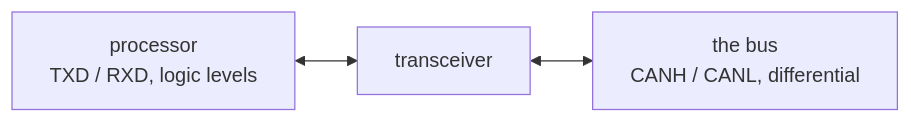
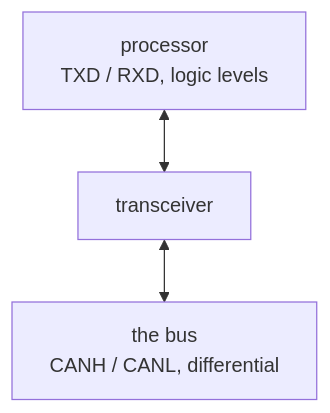
Before and after one commit to panyam/agni: the diagram in docsite/content/reference/terms/transceiver.md, drawn with Mermaid. The commit also changed 4 other files, not shown here.

````diff
--- a/docsite/content/reference/terms/transceiver.md
+++ b/docsite/content/reference/terms/transceiver.md
@@ -14,5 +14,5 @@
 ```mermaid
-flowchart LR
+flowchart TB
     M["processor<br/>TXD / RXD, logic levels"] <--> X["transceiver"]
     X <--> B["the bus<br/>CANH / CANL, differential"]
 ```
````
